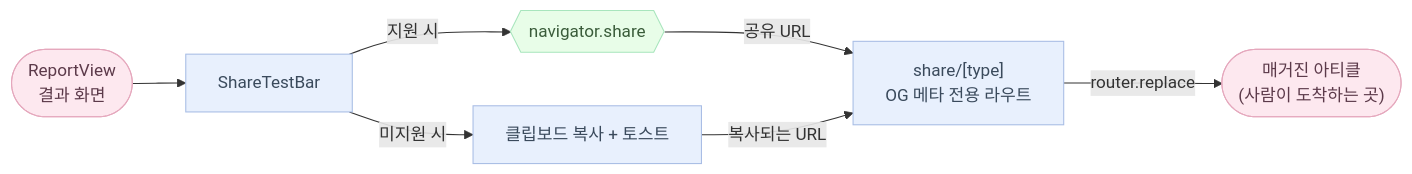
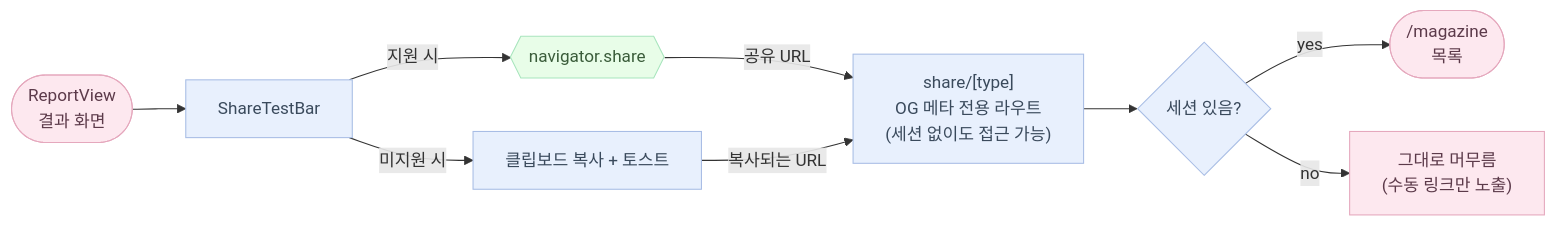
The second of 3 diagrams in docs/flows/diagnose.md (soojjung/dwee-wellness-tracker), drawn with Mermaid before and after one commit. The commit also changed other lines of this file and 68 other files, not shown here.

First line of the commit message:
feat(home,diagnose): food article screen, share-link login exception, diary photo flow (#50)

````diff
--- a/docs/flows/diagnose.md
+++ b/docs/flows/diagnose.md
@@ -128,23 +129,28 @@
 ```mermaid
 flowchart LR
     Result(["ReportView\n결과 화면"])
     Bar["ShareTestBar"]
     Native{{"navigator.share"}}
     Copy["클립보드 복사 + 토스트"]
-    Share["share/[type]\nOG 메타 전용 라우트"]
-    Article(["매거진 아티클\n(사람이 도착하는 곳)"])
+    Share["share/[type]\nOG 메타 전용 라우트\n(세션 없이도 접근 가능)"]
+    HasSession{"세션 있음?"}
+    Magazine(["/magazine\n목록"])
+    Stay["그대로 머무름\n(수동 링크만 노출)"]
 
     Result --> Bar
     Bar -->|"지원 시"| Native
     Bar -->|"미지원 시"| Copy
     Native -->|"공유 URL"| Share
     Copy -->|"복사되는 URL"| Share
-    Share -->|"router.replace"| Article
+    Share --> HasSession
+    HasSession -- yes --> Magazine
+    HasSession -- no --> Stay
 
     classDef ui fill:#FDE8EF,stroke:#E5A8BD,color:#5C3A4A;
     classDef logic fill:#E8F0FD,stroke:#A8BDE5,color:#3A4A5C;
     classDef ext fill:#E8FDE8,stroke:#A8E5BD,color:#3A5C3A;
-    class Result,Article ui;
+    class Result,Magazine,Stay ui;
     class Bar,Copy,Share logic;
     class Native ext;
+    class HasSession logic;
 ```
````
